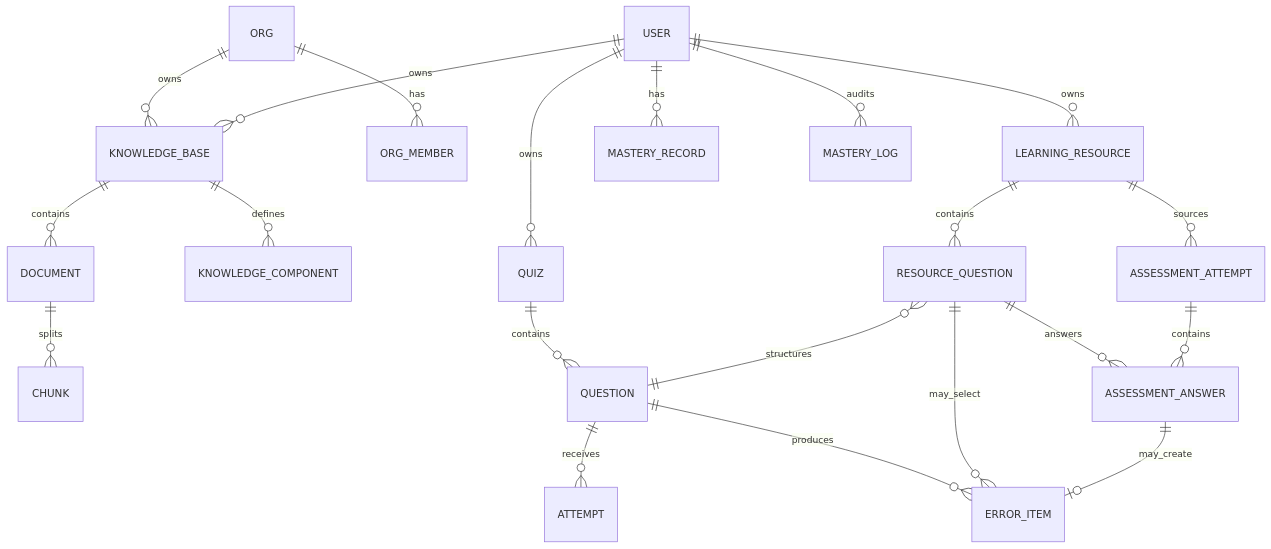
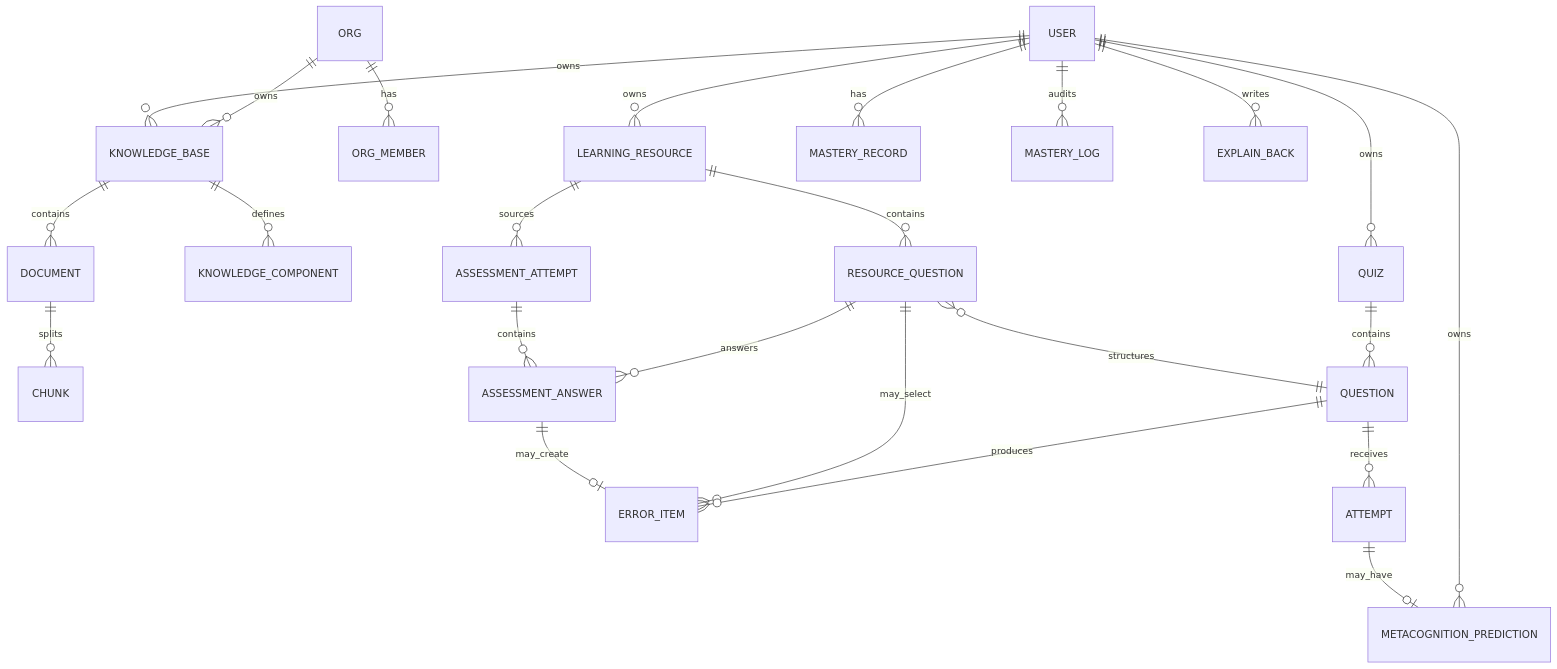
One commit to shunwang-crypto/suwen-ai changed the diagram in docs/data-model.md. Above: the diagram before and after it, drawn with Mermaid. The commit also changed other lines of this file and 23 other files, not shown here.

Commit message:
feat: add metacognitive prediction and explain-back feedback

```diff
--- a/docs/data-model.md
+++ b/docs/data-model.md
@@ -44,25 +44,28 @@
 ~~~mermaid
 erDiagram
     USER ||--o{ KNOWLEDGE_BASE : owns
     ORG ||--o{ ORG_MEMBER : has
     ORG ||--o{ KNOWLEDGE_BASE : owns
     KNOWLEDGE_BASE ||--o{ DOCUMENT : contains
     DOCUMENT ||--o{ CHUNK : splits
     KNOWLEDGE_BASE ||--o{ KNOWLEDGE_COMPONENT : defines
 
     USER ||--o{ LEARNING_RESOURCE : owns
     LEARNING_RESOURCE ||--o{ RESOURCE_QUESTION : contains
     RESOURCE_QUESTION }o--|| QUESTION : structures
     LEARNING_RESOURCE ||--o{ ASSESSMENT_ATTEMPT : sources
     ASSESSMENT_ATTEMPT ||--o{ ASSESSMENT_ANSWER : contains
     RESOURCE_QUESTION ||--o{ ASSESSMENT_ANSWER : answers
     ASSESSMENT_ANSWER ||--o| ERROR_ITEM : may_create
     RESOURCE_QUESTION ||--o{ ERROR_ITEM : may_select
 
     USER ||--o{ MASTERY_RECORD : has
     USER ||--o{ MASTERY_LOG : audits
     USER ||--o{ QUIZ : owns
     QUIZ ||--o{ QUESTION : contains
     QUESTION ||--o{ ATTEMPT : receives
+    ATTEMPT ||--o| METACOGNITION_PREDICTION : may_have
+    USER ||--o{ METACOGNITION_PREDICTION : owns
+    USER ||--o{ EXPLAIN_BACK : writes
     QUESTION ||--o{ ERROR_ITEM : produces
 ~~~
```
